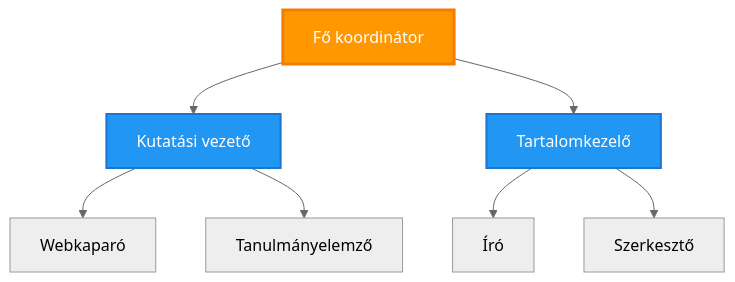
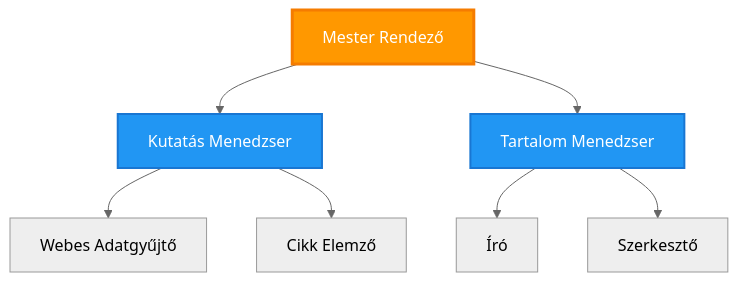
Before and after one commit to microsoft/AZD-for-beginners: the third of 6 diagrams in translations/hu/docs/chapter-06-pre-deployment/coordination-patterns.md, drawn with Mermaid (neutral theme). The commit also changed other lines of this file and 101 other files, not shown here.

````diff
--- a/translations/hu/docs/chapter-06-pre-deployment/coordination-patterns.md
+++ b/translations/hu/docs/chapter-06-pre-deployment/coordination-patterns.md
@@ -149,21 +143,21 @@
 ```mermaid
 graph TB
-    Master[Fő koordinátor]
-    Manager1[Kutatási vezető]
-    Manager2[Tartalomkezelő]
-    W1[Webkaparó]
-    W2[Tanulmányelemző]
+    Master[Mester Rendező]
+    Manager1[Kutatás Menedzser]
+    Manager2[Tartalom Menedzser]
+    W1[Webes Adatgyűjtő]
+    W2[Cikk Elemző]
     W3[Író]
     W4[Szerkesztő]
     
     Master --> Manager1
     Master --> Manager2
     Manager1 --> W1
     Manager1 --> W2
     Manager2 --> W3
     Manager2 --> W4
     
     style Master fill:#FF9800,stroke:#F57C00,stroke-width:3px,color:#fff
     style Manager1 fill:#2196F3,stroke:#1976D2,stroke-width:2px,color:#fff
     style Manager2 fill:#2196F3,stroke:#1976D2,stroke-width:2px,color:#fff
-```
+```  
````
